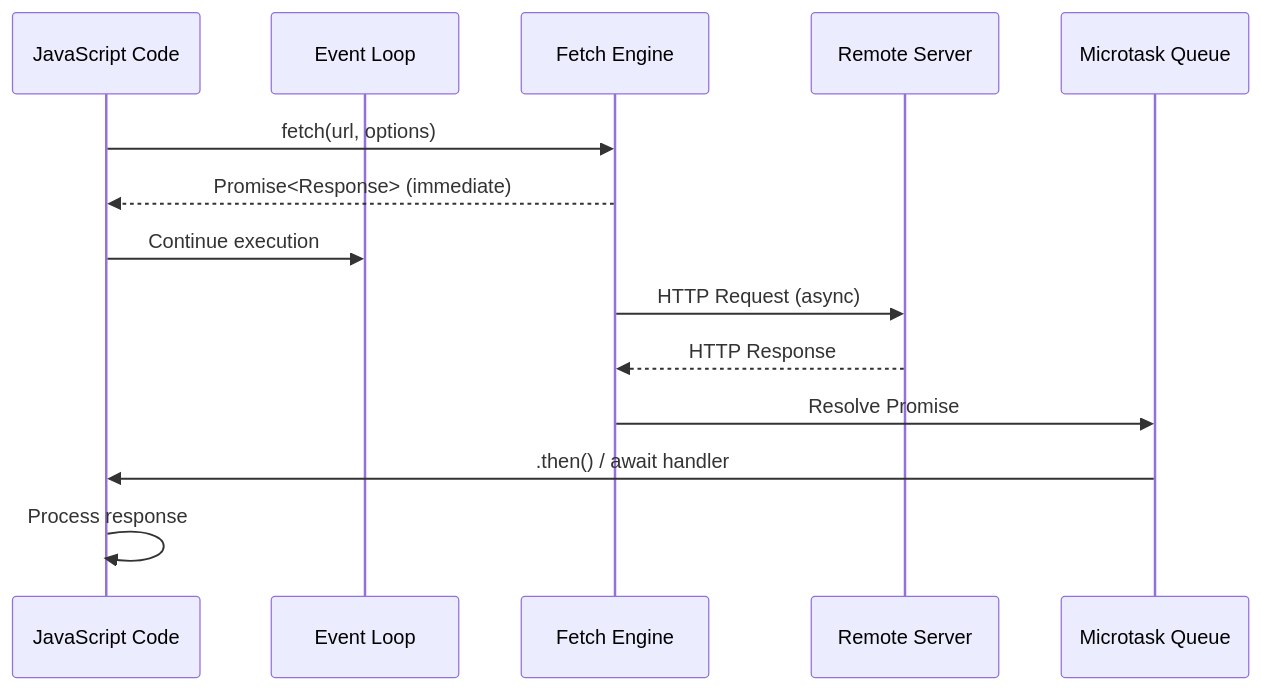
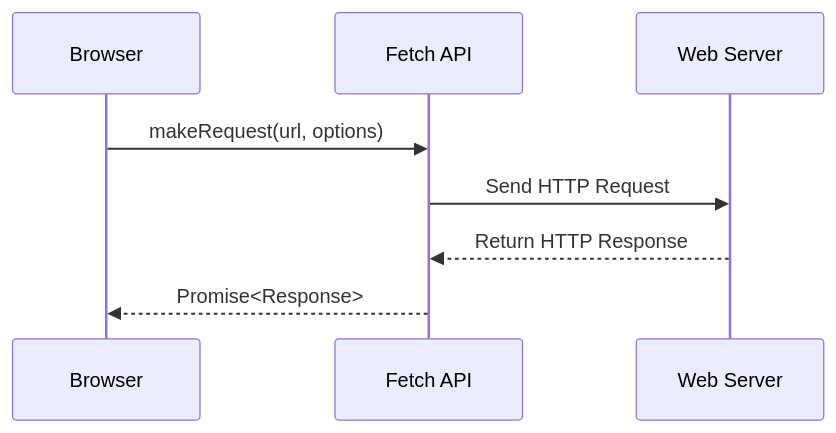
Before and after one commit to rahulajay34/CLDE: the first of 2 diagrams in Ed-Tech Agentic Core copy 2/storage/Lecture-Notes/2026-01-18_Fetch-API_LectureNotes.md, drawn with Mermaid. The commit also changed other lines of this file and 10 other files, not shown here.

````diff
--- a/Ed-Tech Agentic Core copy 2/storage/Lecture-Notes/2026-01-18_Fetch-API_LectureNotes.md
+++ b/Ed-Tech Agentic Core copy 2/storage/Lecture-Notes/2026-01-18_Fetch-API_LectureNotes.md
@@ -67,17 +24,11 @@
 ```mermaid
 sequenceDiagram
-    participant Client as JavaScript Code
-    participant EventLoop as Event Loop
-    participant Fetch as Fetch Engine
-    participant Server as Remote Server
-    participant Microtask as Microtask Queue
+    participant Browser
+    participant Fetch API
+    participant Web Server
 
-    Client->>Fetch: fetch(url, options)
-    Fetch-->>Client: Promise<Response> (immediate)
-    Client->>EventLoop: Continue execution
-    Fetch->>Server: HTTP Request (async)
-    Server-->>Fetch: HTTP Response
-    Fetch->>Microtask: Resolve Promise
-    Microtask->>Client: .then() / await handler
-    Client->>Client: Process response
+    Browser->>Fetch API: makeRequest(url, options)
+    Fetch API->>Web Server: Send HTTP Request
+    Web Server-->>Fetch API: Return HTTP Response
+    Fetch API-->>Browser: Promise<Response>
 ```
````
